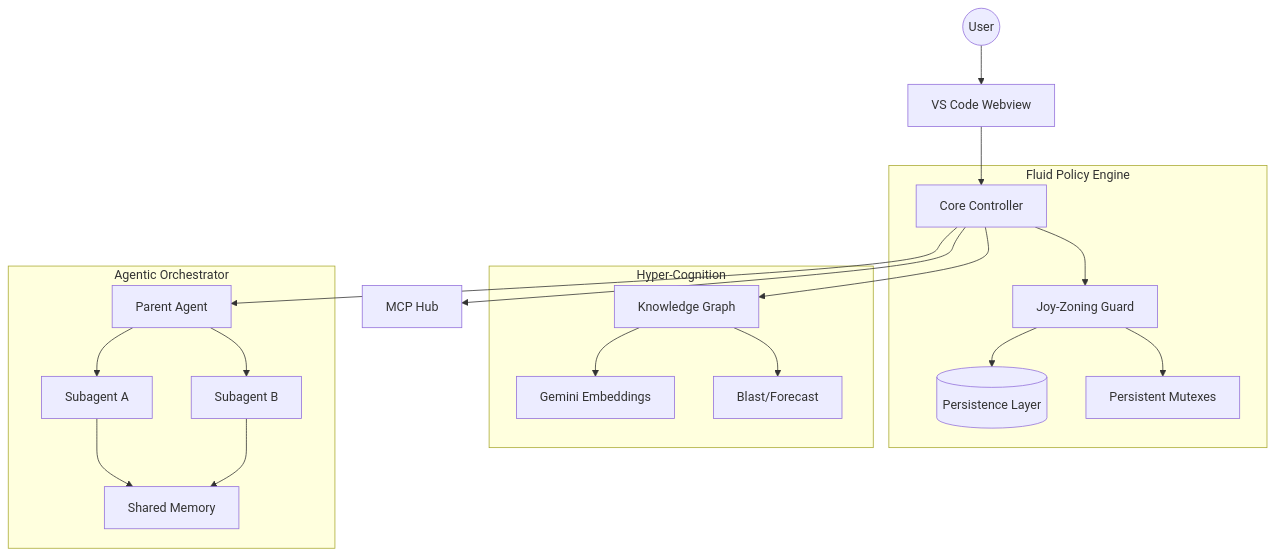
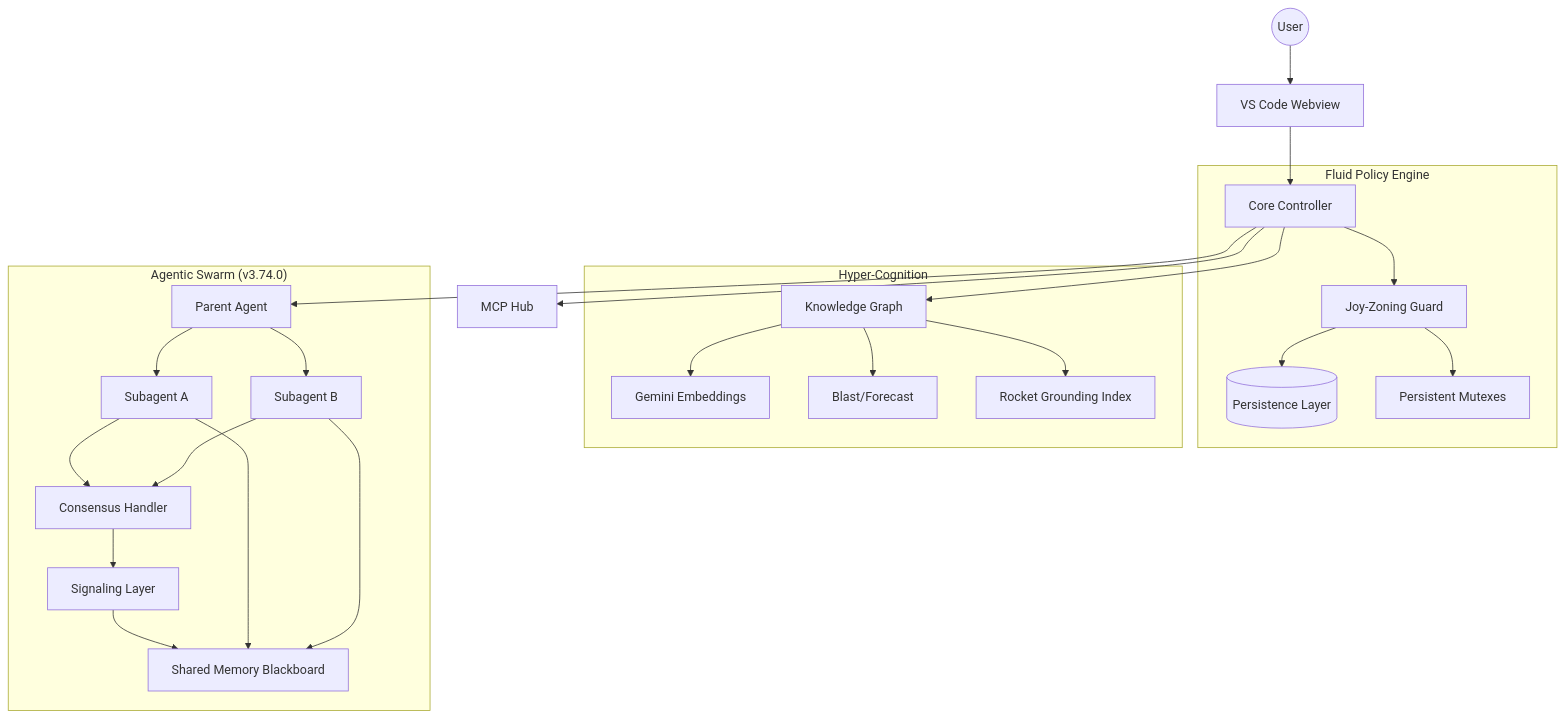
One commit to CardSorting/codemarie changed the first of 2 diagrams in README.md. Above: the diagram before and after it, drawn with Mermaid. The commit also changed other lines of this file and 2 other files, not shown here.

````diff
--- a/README.md
+++ b/README.md
@@ -59,26 +69,30 @@
 ```mermaid
 graph TD
     User((User)) --> Webview[VS Code Webview]
     Webview --> Controller[Core Controller]
     
     subgraph "Fluid Policy Engine"
         Controller --> JoyZoning[Joy-Zoning Guard]
         JoyZoning --> SQLite[(Persistence Layer)]
         JoyZoning --> Mutex[Persistent Mutexes]
     end
     
     subgraph "Hyper-Cognition"
         Controller --> Graph[Knowledge Graph]
         Graph --> Embeddings[Gemini Embeddings]
         Graph --> Analysis[Blast/Forecast]
+        Graph --> Rocket[Rocket Grounding Index]
     end
     
-    subgraph "Agentic Orchestrator"
+    subgraph "Agentic Swarm (v3.74.0)"
         Controller --> ParentStream[Parent Agent]
         ParentStream --> Subagent1[Subagent A]
         ParentStream --> Subagent2[Subagent B]
-        Subagent1 & Subagent2 --> SharedMemory[Shared Memory]
+        Subagent1 & Subagent2 --> Consensus[Consensus Handler]
+        Consensus --> Signaling[Signaling Layer]
+        Signaling --> SharedMemory[Shared Memory Blackboard]
+        Subagent1 & Subagent2 --> SharedMemory
     end
     
     Controller --> MCP[MCP Hub]
 ```
````
